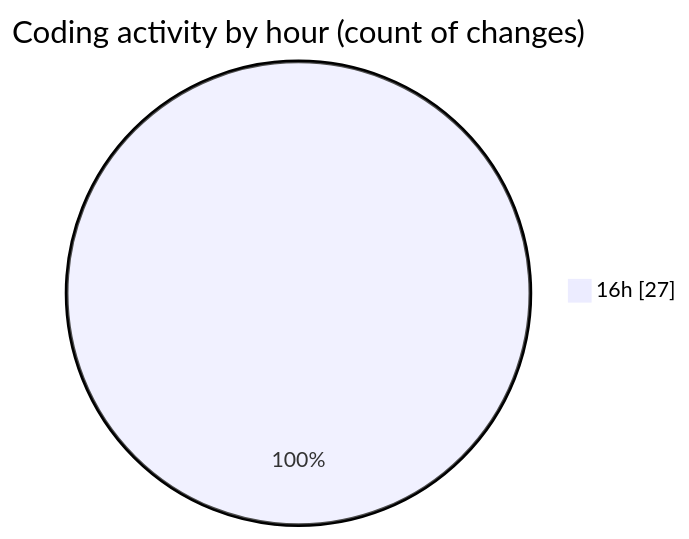
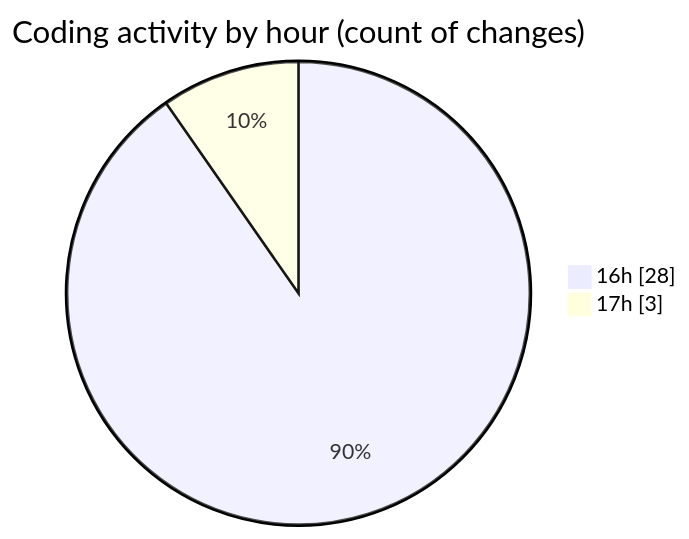
The second of 2 diagrams in 2025-01-15/trackers_app/README.md (donsfak/code-tracking), drawn with Mermaid before and after one commit. The commit also changed other lines of this file and 1 other file, not shown here.

````diff
--- a/2025-01-15/trackers_app/README.md
+++ b/2025-01-15/trackers_app/README.md
@@ -31,5 +32,6 @@
 ```mermaid
 pie showData
 title Coding activity by hour (count of changes)
-"16h" : 27
+"16h" : 28
+"17h" : 3
 ```
````
